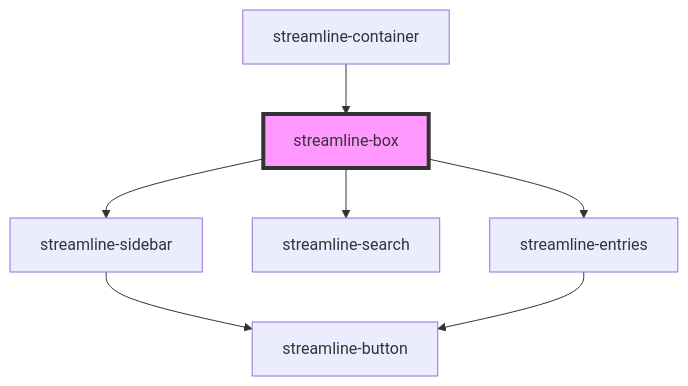
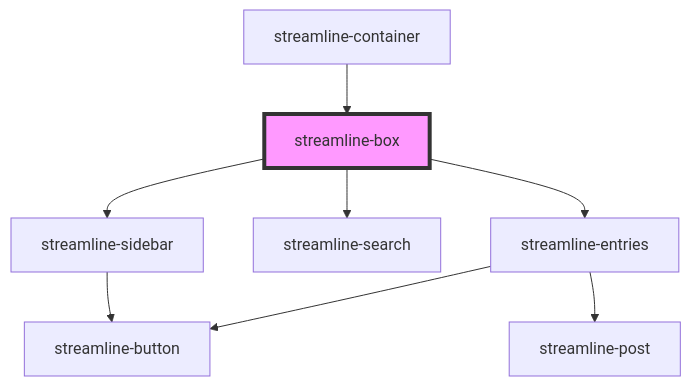
One commit to dnnsjsk/streamline changed the diagram in stencil/src/components/streamline-box/readme.md. Above: the diagram before and after it, drawn with Mermaid. The commit also changed 47 other files, not shown here.

````diff
--- a/stencil/src/components/streamline-box/readme.md
+++ b/stencil/src/components/streamline-box/readme.md
@@ -19,10 +19,11 @@
 ```mermaid
 graph TD;
   streamline-box --> streamline-sidebar
   streamline-box --> streamline-search
   streamline-box --> streamline-entries
   streamline-sidebar --> streamline-button
   streamline-entries --> streamline-button
+  streamline-entries --> streamline-post
   streamline-container --> streamline-box
   style streamline-box fill:#f9f,stroke:#333,stroke-width:4px
 ```
````
